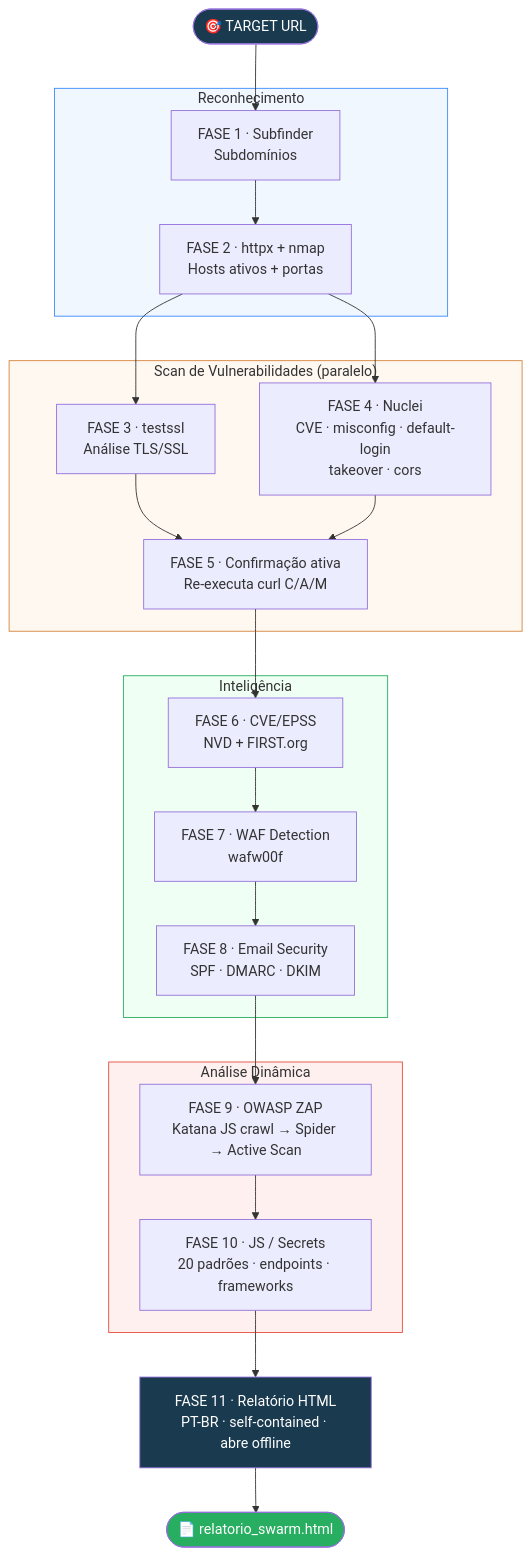
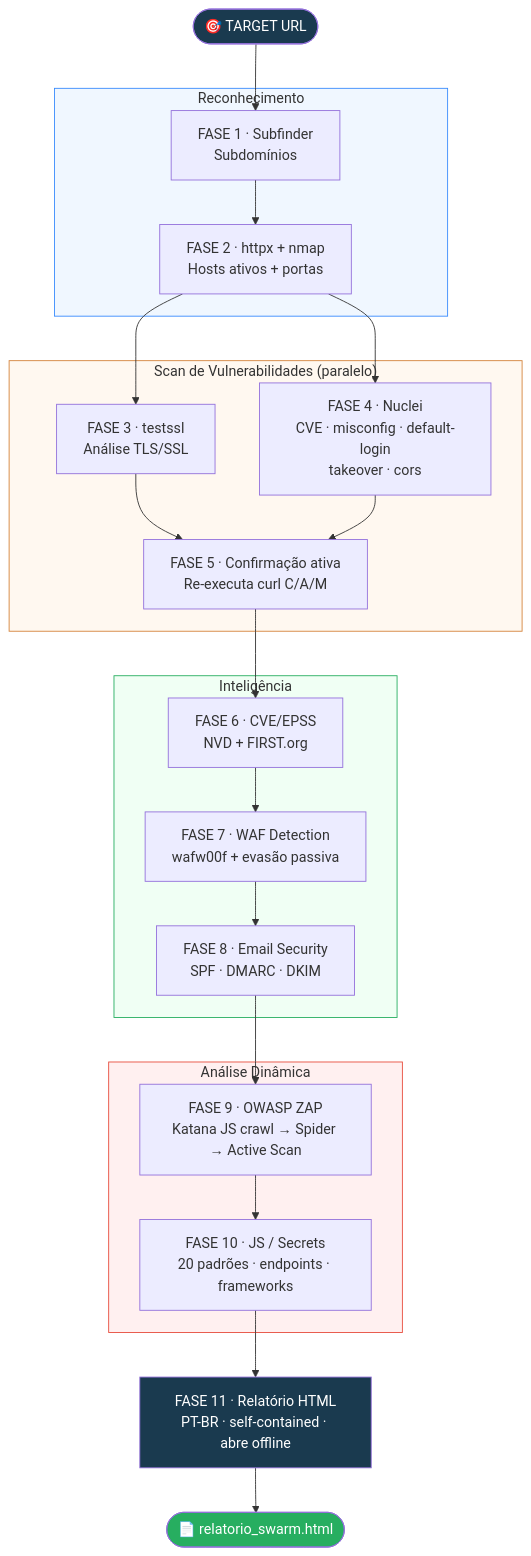
Before and after one commit to trickMeister1337/SWARM: the diagram in README.md, drawn with Mermaid. The commit also changed other lines of this file and 1 other file, not shown here.

````diff
--- a/README.md
+++ b/README.md
@@ -15,36 +15,36 @@
 ```mermaid
 flowchart TD
     A([🎯 TARGET URL]) --> B
 
     subgraph RECON["Reconhecimento"]
         B[FASE 1 · Subfinder\nSubdomínios] --> C[FASE 2 · httpx + nmap\nHosts ativos + portas]
     end
 
     subgraph SCAN["Scan de Vulnerabilidades (paralelo)"]
         C --> D[FASE 3 · testssl\nAnálise TLS/SSL]
         C --> E[FASE 4 · Nuclei\nCVE · misconfig · default-login\ntakeover · cors]
         D & E --> F[FASE 5 · Confirmação ativa\nRe-executa curl C/A/M]
     end
 
     subgraph INTEL["Inteligência"]
         F --> G[FASE 6 · CVE/EPSS\nNVD + FIRST.org]
-        G --> H[FASE 7 · WAF Detection\nwafw00f]
+        G --> H[FASE 7 · WAF Detection\nwafw00f + evasão passiva]
         H --> I[FASE 8 · Email Security\nSPF · DMARC · DKIM]
     end
 
     subgraph DYNAMIC["Análise Dinâmica"]
         I --> J[FASE 9 · OWASP ZAP\nKatana JS crawl → Spider → Active Scan]
         J --> K[FASE 10 · JS / Secrets\n20 padrões · endpoints · frameworks]
     end
 
     K --> L[FASE 11 · Relatório HTML\nPT-BR · self-contained · abre offline]
     L --> M([📄 relatorio_swarm.html])
 
     style A fill:#1a3a4f,color:#fff
     style M fill:#27ae60,color:#fff
     style L fill:#1a3a4f,color:#fff
     style RECON fill:#f0f7ff,stroke:#388bfd
     style SCAN fill:#fff8f0,stroke:#d4833a
     style INTEL fill:#f0fff4,stroke:#27ae60
     style DYNAMIC fill:#fff0f0,stroke:#e74c3c
 ```
````
